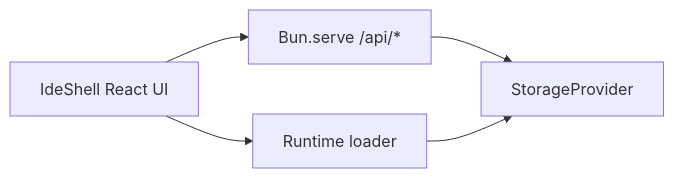
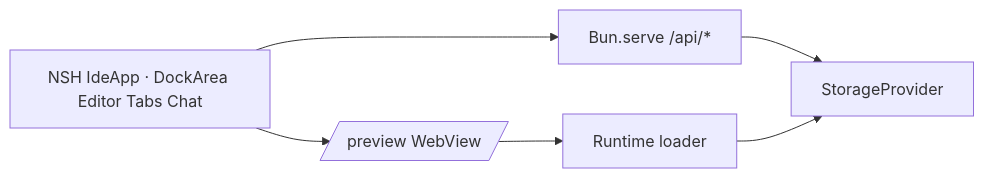
One commit to 0x1d/nshde changed the diagram in CONTEXT.md. Above: the diagram before and after it, drawn with Mermaid. The commit also changed other lines of this file and 29 other files, not shown here.

First line of the commit message:
refactor: rebuild nshde IDE shell with NSH gallery components

````diff
--- a/CONTEXT.md
+++ b/CONTEXT.md
@@ -22,7 +22,8 @@
 ```mermaid
 flowchart LR
-  UI[IdeShell React UI] --> API[Bun.serve /api/*]
+  UI[NSH IdeApp · DockArea Editor Tabs Chat] --> API[Bun.serve /api/*]
   API --> Storage[StorageProvider]
-  UI --> Loader[Runtime loader]
+  UI --> Preview[/preview WebView/]
+  Preview --> Loader[Runtime loader]
   Loader --> Storage
 ```
````
